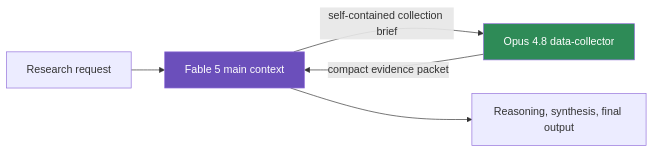
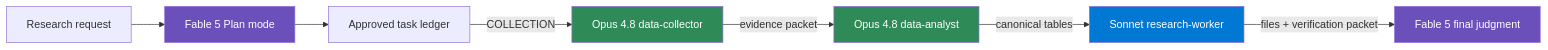
Before and after one commit to Bellapk/optimize-claude-model-research: the diagram in README.md, drawn with Mermaid. The commit also changed other lines of this file and 12 other files, not shown here.

Commit message:
Add plan-first multi-model research routing (#1)

````diff
--- a/README.md
+++ b/README.md
@@ -35,10 +42,15 @@
 ```mermaid
 flowchart LR
-    A["Research request"] --> B["Fable 5 main context"]
-    B -->|"self-contained collection brief"| C["Opus 4.8 data-collector"]
-    C -->|"compact evidence packet"| B
-    B --> D["Reasoning, synthesis, final output"]
+    A["Research request"] --> B["Fable 5 Plan mode"]
+    B --> C["Approved task ledger"]
+    C -->|"COLLECTION"| D["Opus 4.8 data-collector"]
+    D -->|"evidence packet"| E["Opus 4.8 data-analyst"]
+    E -->|"canonical tables"| F["Sonnet research-worker"]
+    F -->|"files + verification packet"| G["Fable 5 final judgment"]
 
     style B fill:#6B4FBB,color:#fff
-    style C fill:#2E8B57,color:#fff
+    style D fill:#2E8B57,color:#fff
+    style E fill:#2E8B57,color:#fff
+    style F fill:#0078D4,color:#fff
+    style G fill:#6B4FBB,color:#fff
 ```
````
